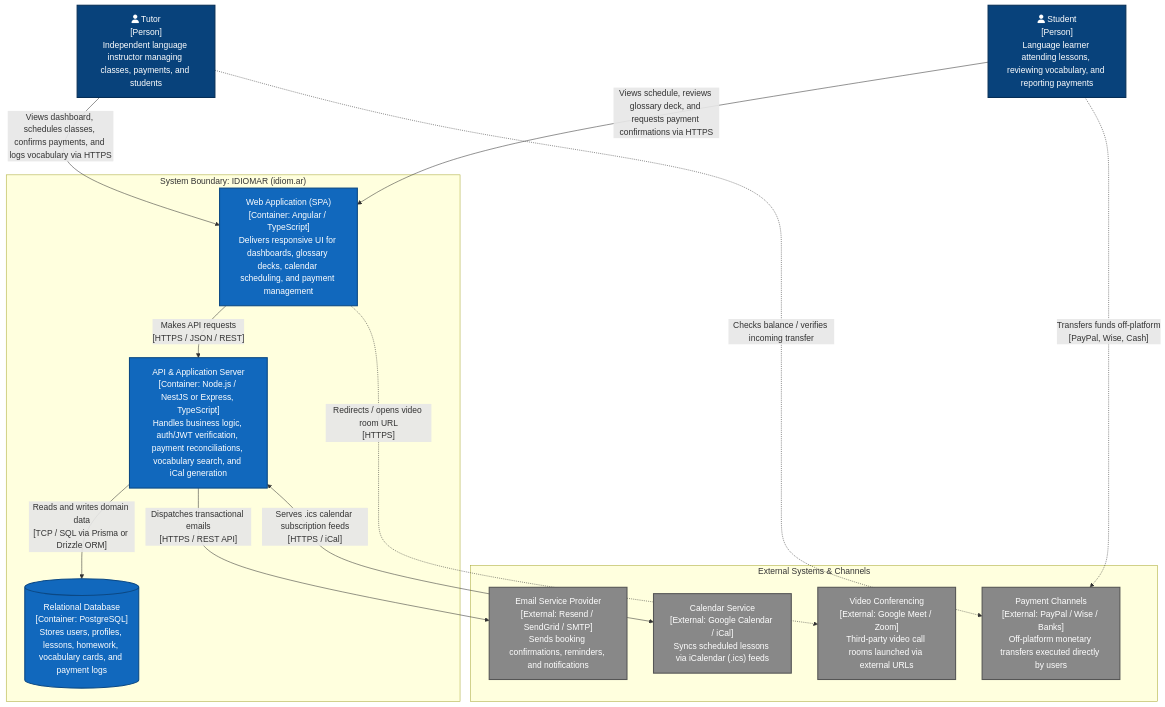
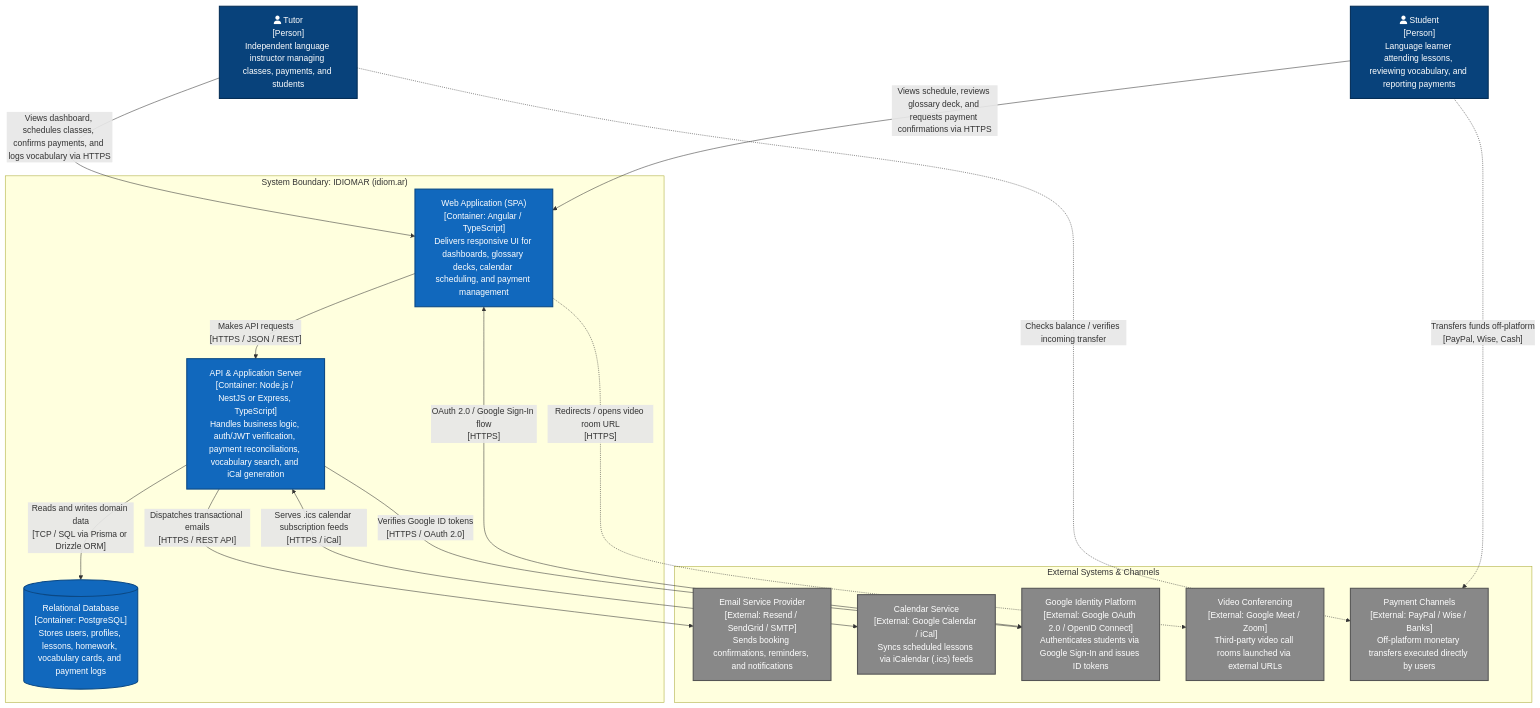
The second of 6 diagrams in docs/diagrams/README.md (DmytroCherednichenko/idiomar-crm), drawn with Mermaid before and after one commit. The commit also changed other lines of this file and 5 other files, not shown here.

Commit message:
add Google OAuth log-in to docs

````diff
--- a/docs/diagrams/README.md
+++ b/docs/diagrams/README.md
@@ -106,38 +108,41 @@
 ```mermaid
 flowchart TD
     classDef person fill:#08427b,stroke:#052e56,color:#ffffff,stroke-width:2px;
     classDef container fill:#1168bd,stroke:#0b4884,color:#ffffff,stroke-width:2px;
     classDef database fill:#1168bd,stroke:#0b4884,color:#ffffff,stroke-width:2px;
     classDef external fill:#888888,stroke:#555555,color:#ffffff,stroke-width:2px;
     classDef boundary fill:#f9f9f9,stroke:#999999,stroke-width:2px,stroke-dasharray: 5 5;
 
     Tutor["fa:fa-user Tutor\n[Person]\nIndependent language instructor managing classes, payments, and students"]:::person
     Student["fa:fa-user Student\n[Person]\nLanguage learner attending lessons, reviewing vocabulary, and reporting payments"]:::person
 
     subgraph ExternalServices["External Systems & Channels"]
+        GoogleAuth["Google Identity Platform\n[External: Google OAuth 2.0 / OpenID Connect]\nAuthenticates students via Google Sign-In and issues ID tokens"]:::external
         EmailService["Email Service Provider\n[External: Resend / SendGrid / SMTP]\nSends booking confirmations, reminders, and notifications"]:::external
         CalendarAPI["Calendar Service\n[External: Google Calendar / iCal]\nSyncs scheduled lessons via iCalendar (.ics) feeds"]:::external
         MeetingPlatform["Video Conferencing\n[External: Google Meet / Zoom]\nThird-party video call rooms launched via external URLs"]:::external
         PaymentChannels["Payment Channels\n[External: PayPal / Wise / Banks]\nOff-platform monetary transfers executed directly by users"]:::external
     end
 
     subgraph IDIOMARSystem["System Boundary: IDIOMAR (idiom.ar)"]
         WebApp["Web Application (SPA)\n[Container: Angular / TypeScript]\nDelivers responsive UI for dashboards, glossary decks, calendar scheduling, and payment management"]:::container
 
         ApiServer["API & Application Server\n[Container: Node.js / NestJS or Express, TypeScript]\nHandles business logic, auth/JWT verification, payment reconciliations, vocabulary search, and iCal generation"]:::container
 
         Database[("Relational Database\n[Container: PostgreSQL]\nStores users, profiles, lessons, homework, vocabulary cards, and payment logs")]:::database
     end
 
     Tutor -->|"Views dashboard, schedules classes, confirms payments, and logs vocabulary via HTTPS"| WebApp
     Student -->|"Views schedule, reviews glossary deck, and requests payment confirmations via HTTPS"| WebApp
 
     WebApp -->|"Makes API requests\n[HTTPS / JSON / REST]"| ApiServer
     ApiServer -->|"Reads and writes domain data\n[TCP / SQL via Prisma or Drizzle ORM]"| Database
     ApiServer -->|"Dispatches transactional emails\n[HTTPS / REST API]"| EmailService
     ApiServer <-->|"Serves .ics calendar subscription feeds\n[HTTPS / iCal]"| CalendarAPI
+    ApiServer -->|"Verifies Google ID tokens\n[HTTPS / OAuth 2.0]"| GoogleAuth
 
+    WebApp <-->|"OAuth 2.0 / Google Sign-In flow\n[HTTPS]"| GoogleAuth
     WebApp -.->|"Redirects / opens video room URL\n[HTTPS]"| MeetingPlatform
     Student -.->|"Transfers funds off-platform\n[PayPal, Wise, Cash]"| PaymentChannels
     Tutor -.->|"Checks balance / verifies incoming transfer"| PaymentChannels
 ```
````
